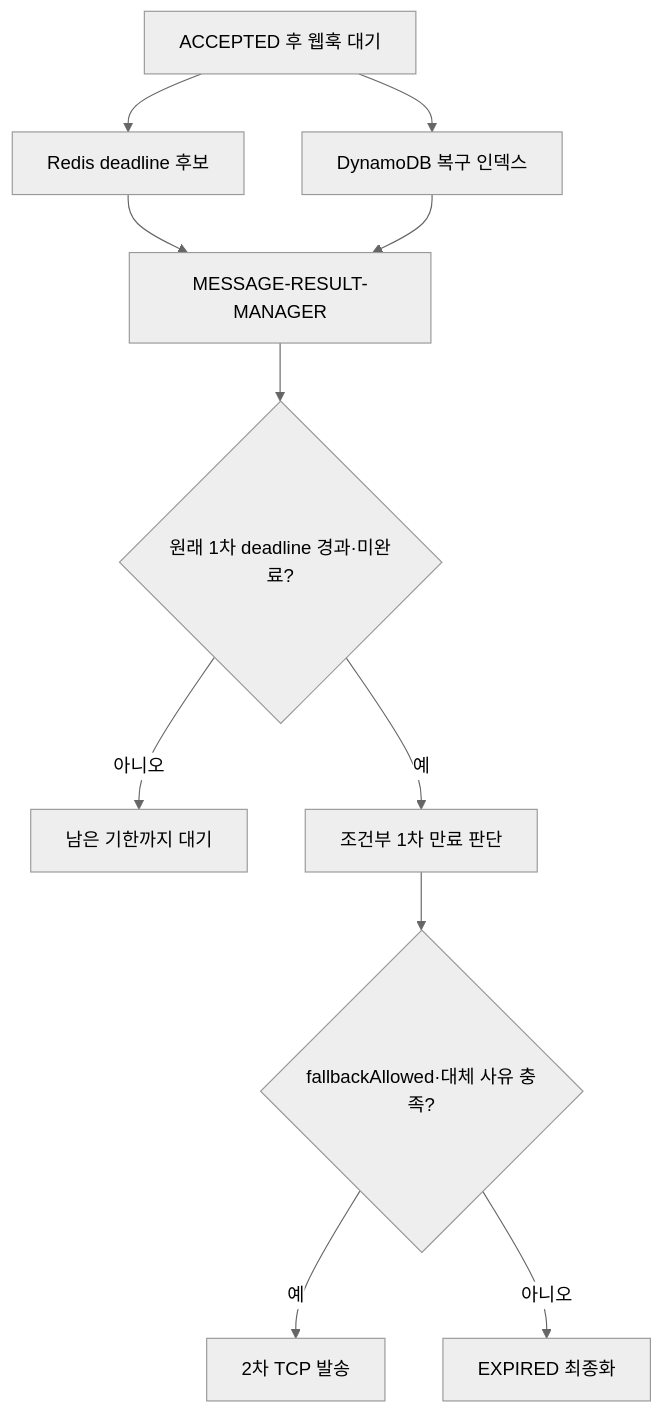
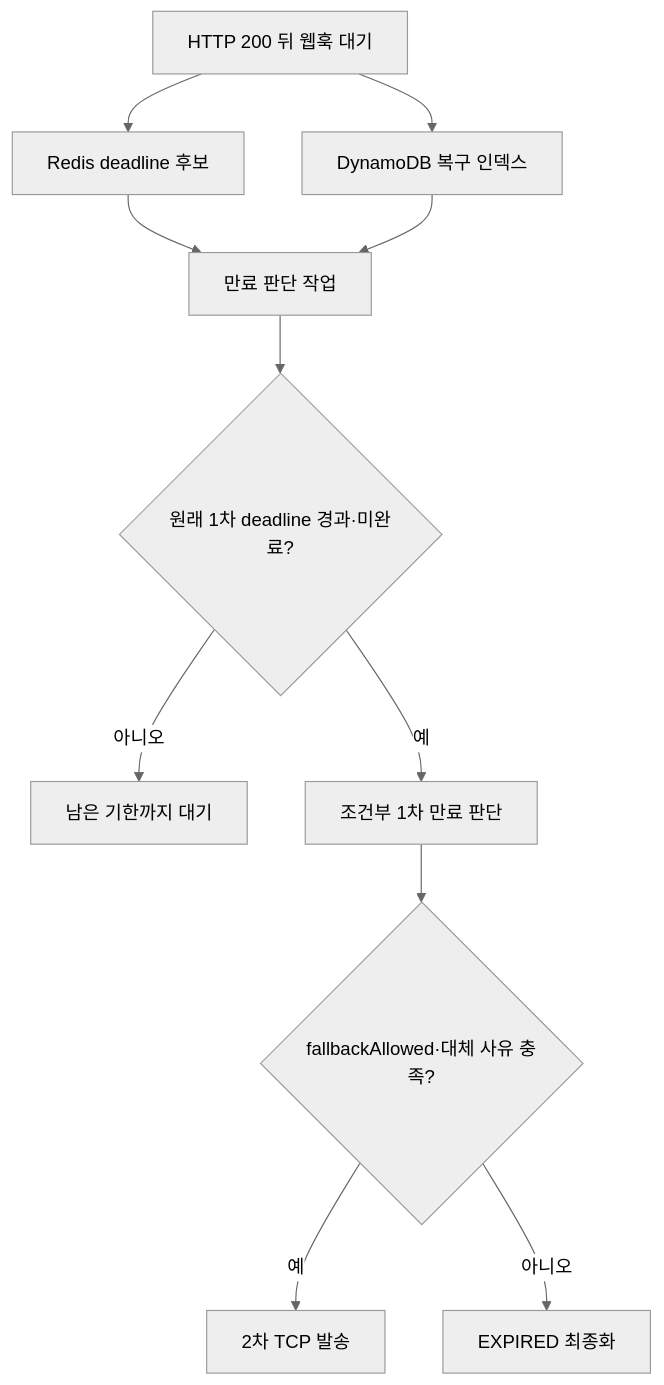
One commit to hyun-seung/High-throughput-event-platform changed the seventh of 9 diagrams in docs/53-신규-메시지-케이스별-Call-Flow.md. Above: the diagram before and after it, drawn with Mermaid (neutral theme). The commit also changed other lines of this file and 5 other files, not shown here.

````diff
--- a/docs/53-신규-메시지-케이스별-Call-Flow.md
+++ b/docs/53-신규-메시지-케이스별-Call-Flow.md
@@ -261,13 +227,13 @@
 ```mermaid
 flowchart TD
-    A[ACCEPTED 후 웹훅 대기] --> R[Redis deadline 후보]
+    A[HTTP 200 뒤 웹훅 대기] --> R[Redis deadline 후보]
     A --> G[DynamoDB 복구 인덱스]
-    R --> M[MESSAGE-RESULT-MANAGER]
+    R --> M[만료 판단 작업]
     G --> M
     M --> D{원래 1차 deadline 경과·미완료?}
     D -->|아니오| W[남은 기한까지 대기]
     D -->|예| C[조건부 1차 만료 판단]
     C --> F{fallbackAllowed·대체 사유 충족?}
     F -->|예| T[2차 TCP 발송]
     F -->|아니오| E[EXPIRED 최종화]
 ```
````
